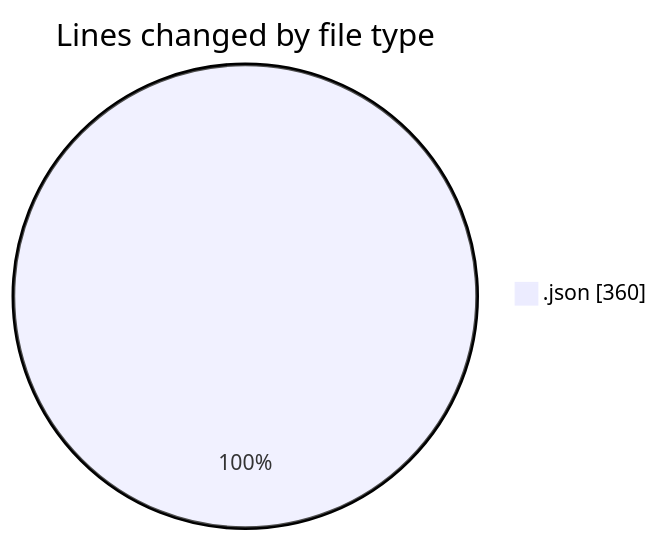
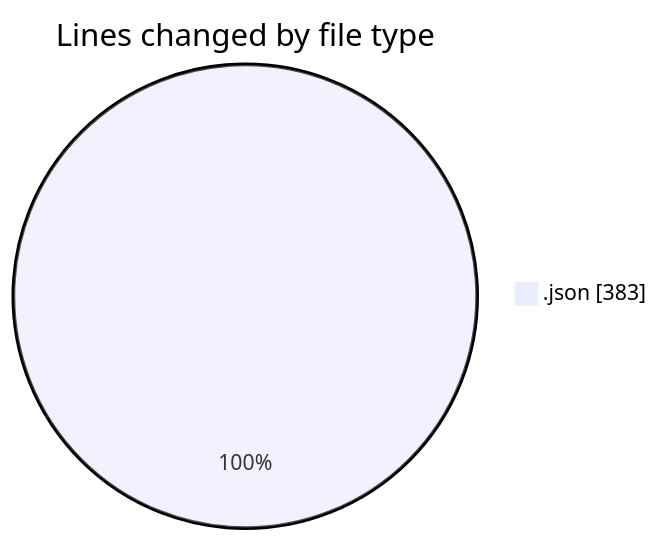
Before and after one commit to EIIisD/code-tracking: the first of 2 diagrams in 2025-07-29/refunds/README.md, drawn with Mermaid. The commit also changed other lines of this file and 1 other file, not shown here.

````diff
--- a/2025-07-29/refunds/README.md
+++ b/2025-07-29/refunds/README.md
@@ -20,5 +20,5 @@
 ```mermaid
 pie showData
 title Lines changed by file type
-".json" : 360
+".json" : 383
 ```
````
